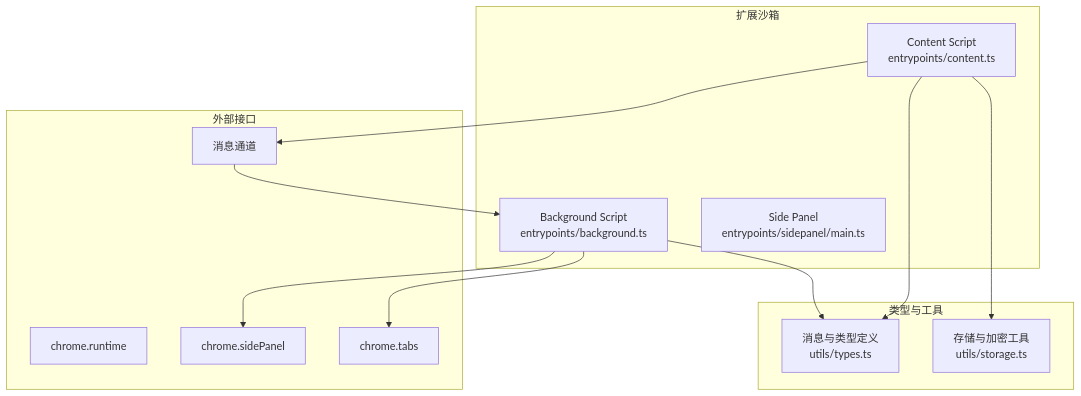
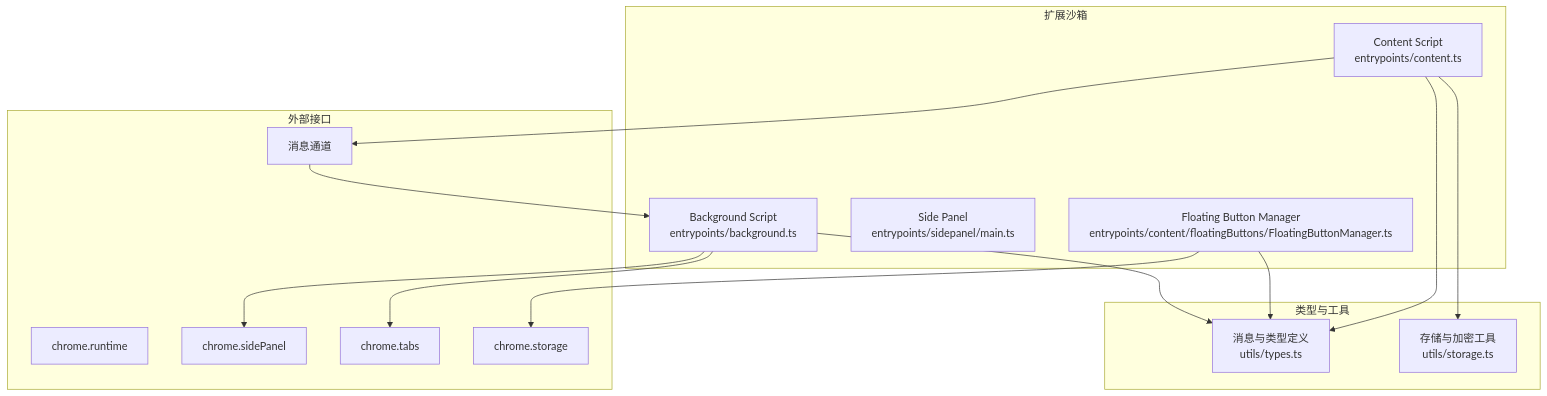
Before and after one commit to liaolongdong/account-password-helper: the first of 3 diagrams in .qoder/repowiki/zh/content/扩展入口点/Content Script.md, drawn with Mermaid. The commit also changed other lines of this file and 23 other files, not shown here.

````diff
--- a/.qoder/repowiki/zh/content/扩展入口点/Content Script.md
+++ b/.qoder/repowiki/zh/content/扩展入口点/Content Script.md
@@ -36,25 +50,29 @@
 ```mermaid
 graph TB
 subgraph "扩展沙箱"
 CS["Content Script<br/>entrypoints/content.ts"]
 BG["Background Script<br/>entrypoints/background.ts"]
 SP["Side Panel<br/>entrypoints/sidepanel/main.ts"]
+FBM["Floating Button Manager<br/>entrypoints/content/floatingButtons/FloatingButtonManager.ts"]
 end
 subgraph "类型与工具"
 TYPES["消息与类型定义<br/>utils/types.ts"]
 STORE["存储与加密工具<br/>utils/storage.ts"]
 end
 subgraph "外部接口"
 RT["chrome.runtime"]
 SPAPI["chrome.sidePanel"]
 TABS["chrome.tabs"]
 MSG["消息通道"]
+STORAGE["chrome.storage"]
 end
 CS --> MSG
 MSG --> BG
 BG --> SPAPI
 BG --> TABS
 CS --> TYPES
 BG --> TYPES
 CS --> STORE
+FBM --> STORAGE
+FBM --> TYPES
 ```
````
